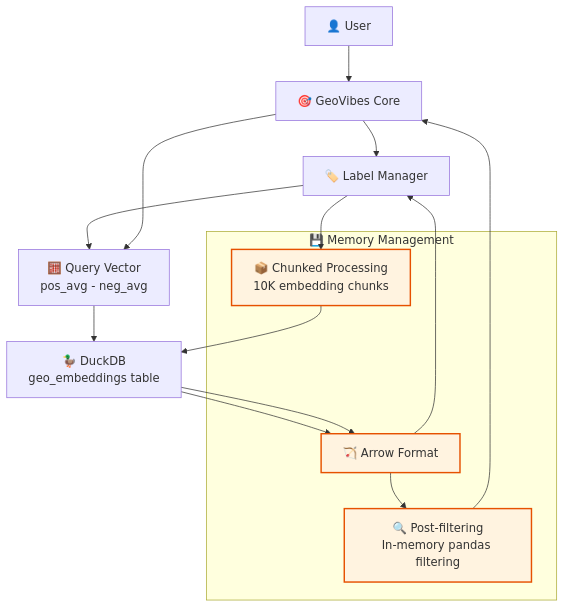
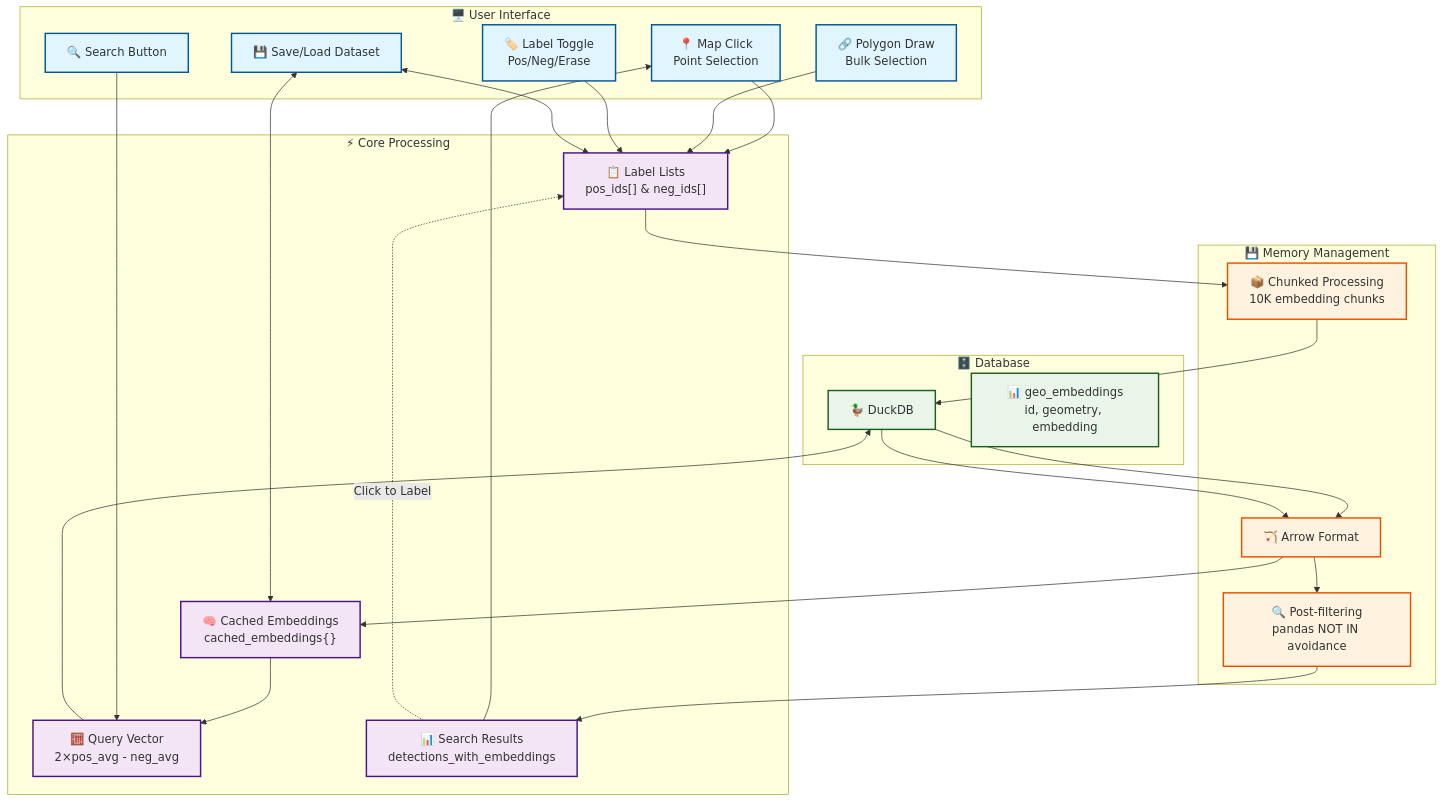
Before and after one commit to Epoch-blue/geovibes: the diagram in README.md, drawn with Mermaid. The commit also changed other lines of this file, not shown here.

````diff
--- a/README.md
+++ b/README.md
@@ -15,26 +15,63 @@
 ```mermaid
 graph TB
-    User["👤 User"] --> GeoVibes["🎯 GeoVibes Core"]
+    subgraph UI["🖥️ User Interface"]
+        MapClick["📍 Map Click<br/>Point Selection"]
+        PolygonDraw["🔗 Polygon Draw<br/>Bulk Selection"]
+        SearchBtn["🔍 Search Button"]
+        LabelToggle["🏷️ Label Toggle<br/>Pos/Neg/Erase"]
+        SaveLoad["💾 Save/Load Dataset"]
+    end
+    
+    subgraph Core["⚡ Core Processing"]
+        LabelLists["📋 Label Lists<br/>pos_ids[] & neg_ids[]"]
+        CachedEmbeds["🧠 Cached Embeddings<br/>cached_embeddings{}"]
+        QueryVector["🧮 Query Vector<br/>2×pos_avg - neg_avg"]
+        SearchResults["📊 Search Results<br/>detections_with_embeddings"]
+    end
     
     subgraph Memory["💾 Memory Management"]
         Arrow["🏹 Arrow Format"]
         Chunking["📦 Chunked Processing<br/>10K embedding chunks"]
-        PostFilter["🔍 Post-filtering<br/>In-memory pandas filtering"]
+        PostFilter["🔍 Post-filtering<br/>pandas NOT IN avoidance"]
     end
     
-    GeoVibes --> LabelManager["🏷️ Label Manager"]
-    LabelManager --> Chunking
-    Chunking --> DuckDB["🦆 DuckDB<br/>geo_embeddings table"]
+    subgraph DB["🗄️ Database"]
+        DuckDB["🦆 DuckDB"]
+        GeoTable["📊 geo_embeddings<br/>id, geometry, embedding"]
+    end
+    
+    %% Labeling Flow
+    MapClick --> LabelLists
+    PolygonDraw --> LabelLists
+    LabelToggle --> LabelLists
+    LabelLists --> Chunking
+    Chunking --> DuckDB
     DuckDB --> Arrow
-    Arrow --> LabelManager
-    LabelManager --> QueryVector["🧮 Query Vector<br/>pos_avg - neg_avg"]
+    Arrow --> CachedEmbeds
+    CachedEmbeds --> QueryVector
     
-    GeoVibes --> QueryVector
+    %% Search Flow
+    SearchBtn --> QueryVector
     QueryVector --> DuckDB
     DuckDB --> Arrow
     Arrow --> PostFilter
-    PostFilter --> GeoVibes
+    PostFilter --> SearchResults
+    SearchResults --> MapClick
     
+    %% Feedback Loop
+    SearchResults -.->|"Click to Label"| LabelLists
+    
+    %% Data Persistence
+    SaveLoad <--> CachedEmbeds
+    SaveLoad <--> LabelLists
+    
+    classDef uiClass fill:#e1f5fe,stroke:#01579b,stroke-width:2px
+    classDef coreClass fill:#f3e5f5,stroke:#4a148c,stroke-width:2px
     classDef memoryClass fill:#fff3e0,stroke:#e65100,stroke-width:2px
+    classDef dbClass fill:#e8f5e8,stroke:#1b5e20,stroke-width:2px
+    
+    class MapClick,PolygonDraw,SearchBtn,LabelToggle,SaveLoad uiClass
+    class LabelLists,CachedEmbeds,QueryVector,SearchResults coreClass
     class Arrow,Chunking,PostFilter memoryClass
+    class DuckDB,GeoTable dbClass
 ```
````
